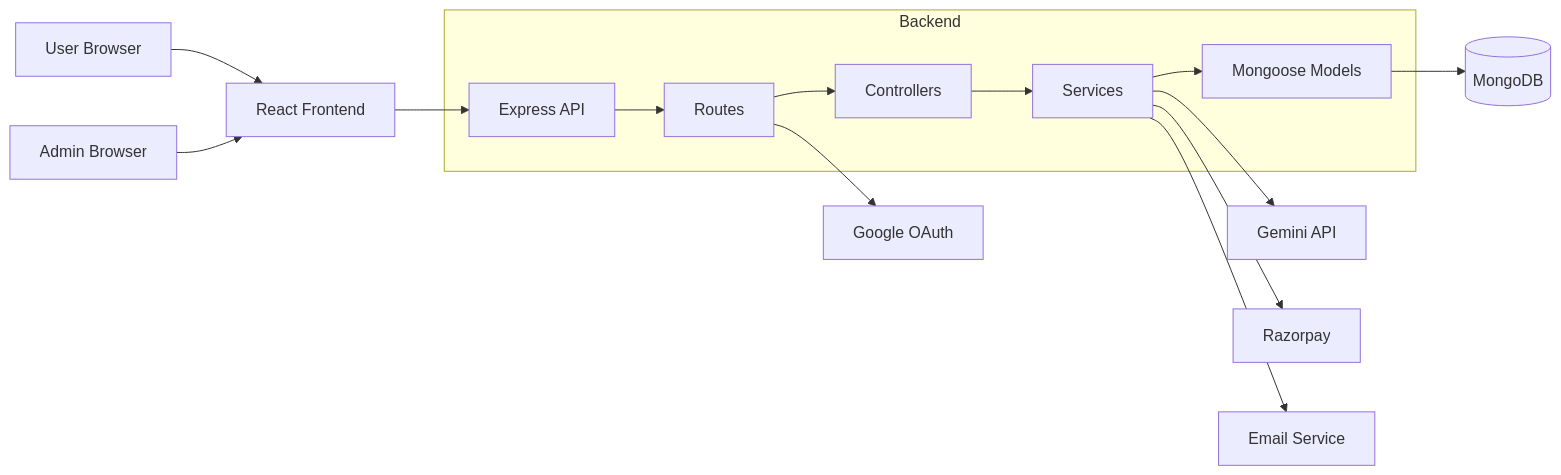
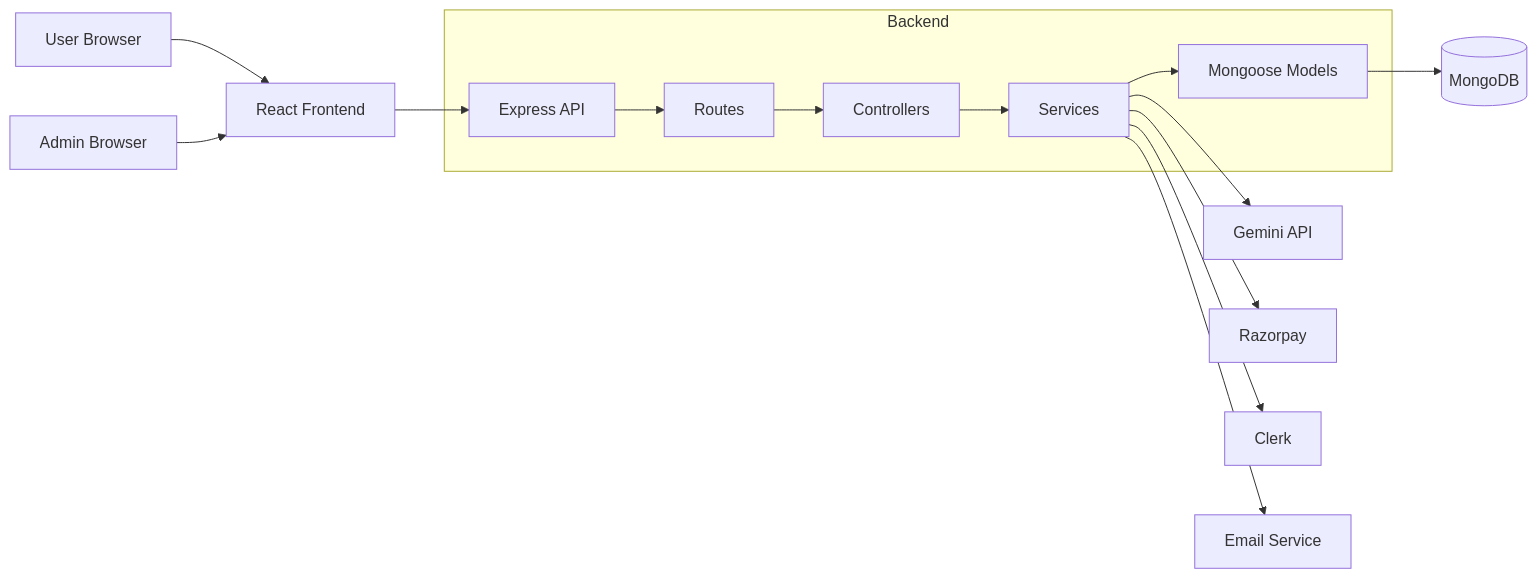
The diagram in readme.md (utsav1223/AI_SQL_Query_Generator), drawn with Mermaid before and after one commit. The commit also changed other lines of this file and 29 other files, not shown here.

````diff
--- a/readme.md
+++ b/readme.md
@@ -186,20 +129,19 @@
 ```mermaid
 flowchart LR
-  user[User Browser] --> frontend[React Frontend]
+  browser[User Browser] --> frontend[React Frontend]
   admin[Admin Browser] --> frontend
-
   frontend --> api[Express API]
 
   subgraph backend[Backend]
     api --> routes[Routes]
     routes --> controllers[Controllers]
     controllers --> services[Services]
     services --> models[Mongoose Models]
   end
 
   models --> mongo[(MongoDB)]
   services --> gemini[Gemini API]
   services --> razorpay[Razorpay]
+  services --> clerk[Clerk]
   services --> email[Email Service]
-  routes --> google[Google OAuth]
 ```
````
